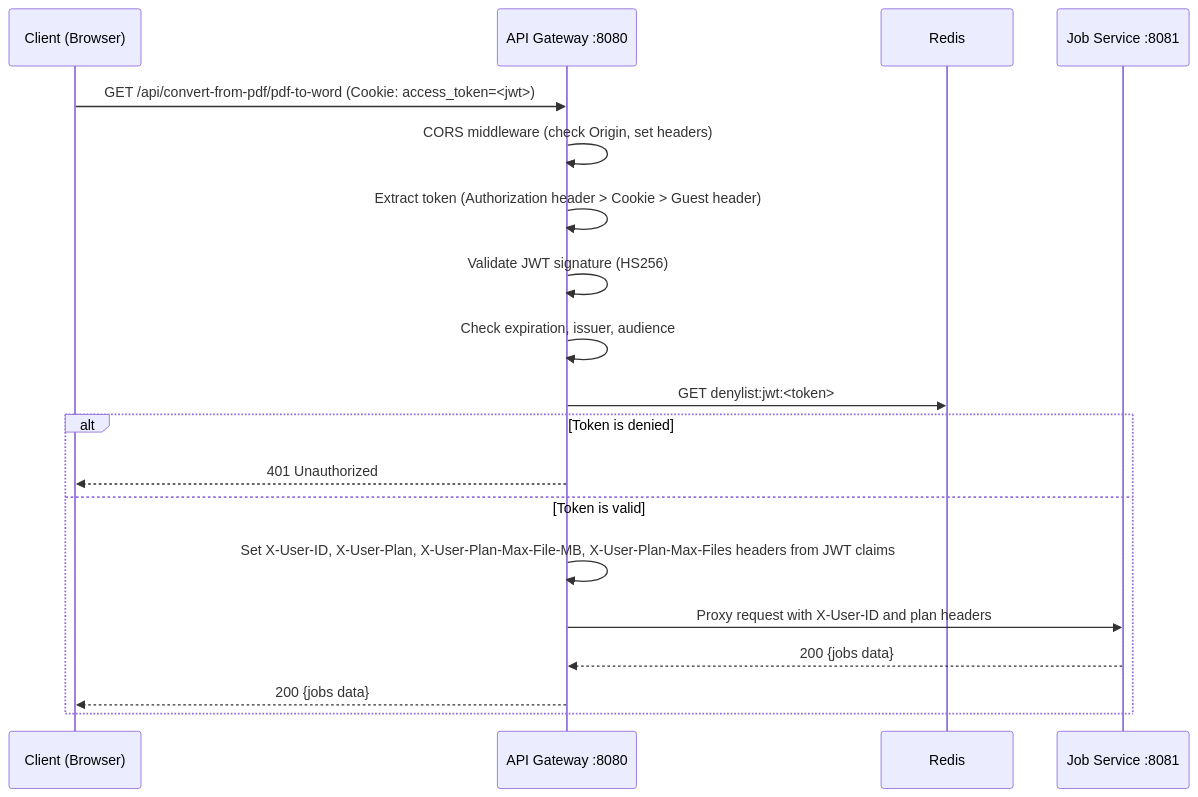
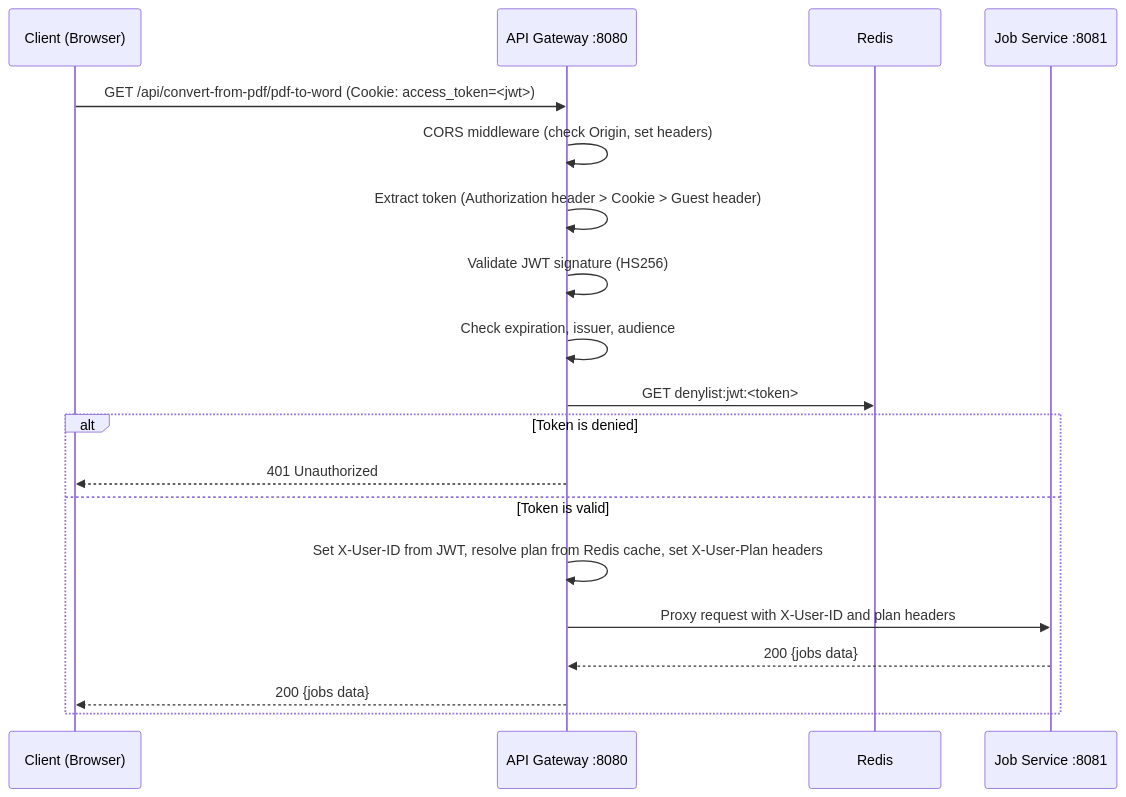
The first of 4 diagrams in docs/services/API_GATEWAY.md (Prachidubey2003/fyredocs_backend), drawn with Mermaid before and after one commit. The commit also changed other lines of this file and 21 other files, not shown here.

First line of the commit message:
Move plan info from JWT to Redis cache and add server-side API pagination

````diff
--- a/docs/services/API_GATEWAY.md
+++ b/docs/services/API_GATEWAY.md
@@ -433,24 +435,24 @@
 ```mermaid
 sequenceDiagram
     participant C as Client (Browser)
     participant GW as API Gateway :8080
     participant R as Redis
     participant JS as Job Service :8081
 
     C->>GW: GET /api/convert-from-pdf/pdf-to-word (Cookie: access_token=<jwt>)
 
     GW->>GW: CORS middleware (check Origin, set headers)
     GW->>GW: Extract token (Authorization header > Cookie > Guest header)
     GW->>GW: Validate JWT signature (HS256)
     GW->>GW: Check expiration, issuer, audience
 
     GW->>R: GET denylist:jwt:<token>
     alt Token is denied
         GW-->>C: 401 Unauthorized
     else Token is valid
-        GW->>GW: Set X-User-ID, X-User-Plan, X-User-Plan-Max-File-MB, X-User-Plan-Max-Files headers from JWT claims
+        GW->>GW: Set X-User-ID from JWT, resolve plan from Redis cache, set X-User-Plan headers
         GW->>JS: Proxy request with X-User-ID and plan headers
         JS-->>GW: 200 {jobs data}
         GW-->>C: 200 {jobs data}
     end
 ```
````
